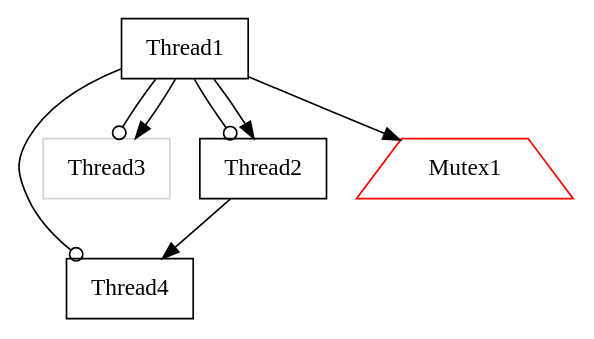
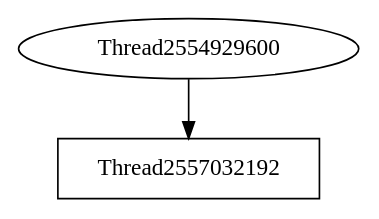
The diagram in view/dot/graph009.dot (v4o6/cs410), drawn with Graphviz before and after one commit. The commit also changed 214 other files, not shown here.

Commit message:
Switched parser.pl to parse libthreadtrace.log instead of temp log file. Changed graphviz output from PNG to SVG to get rid of pixelation.

```diff
--- a/view/dot/graph009.dot
+++ b/view/dot/graph009.dot
@@ -1,15 +1,5 @@
 digraph G {
-graph[center=1];
-Thread4 [shape=box,color=black];
-Thread3 [shape=box,color=lightgray];
-Thread1 [shape=box,color=black];
-Thread1 -> Thread2 [arrowhead=odot];
-Thread1 -> Thread3 [arrowhead=odot];
-Thread1 -> Thread4 [arrowhead=odot];
-Thread1 -> Thread3 [arrowhead=normal];
-Thread1 -> Mutex1 [arrowhead=normal,color=black];
-Thread1 -> Thread2 [arrowhead=normal];
-Mutex1 [shape=trapezium,color=red];
-Thread2 [shape=box,color=black];
-Thread2 -> Thread4 [arrowhead=normal];
+graph[center=true];
+Thread2554929600 -> Thread2557032192 [arrowhead=normal];
+Thread2557032192 [shape=box,color=black];
 }
```
